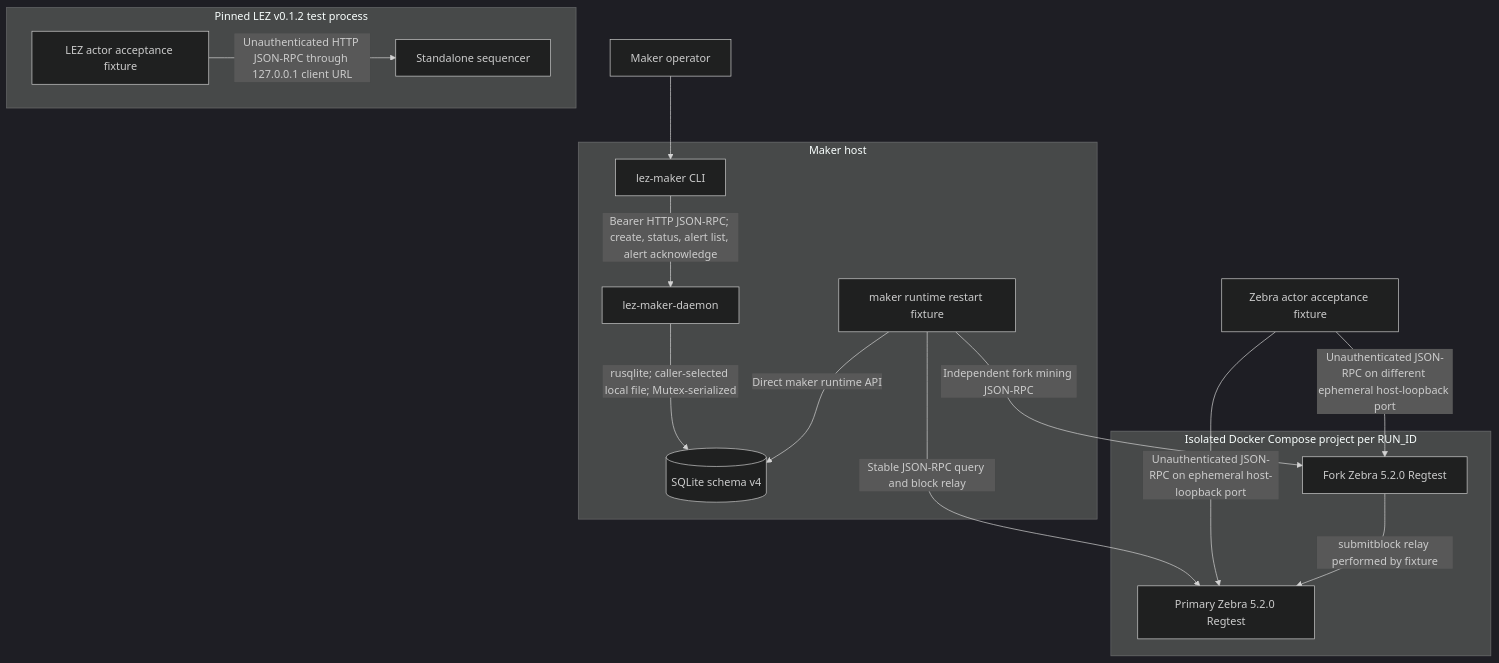
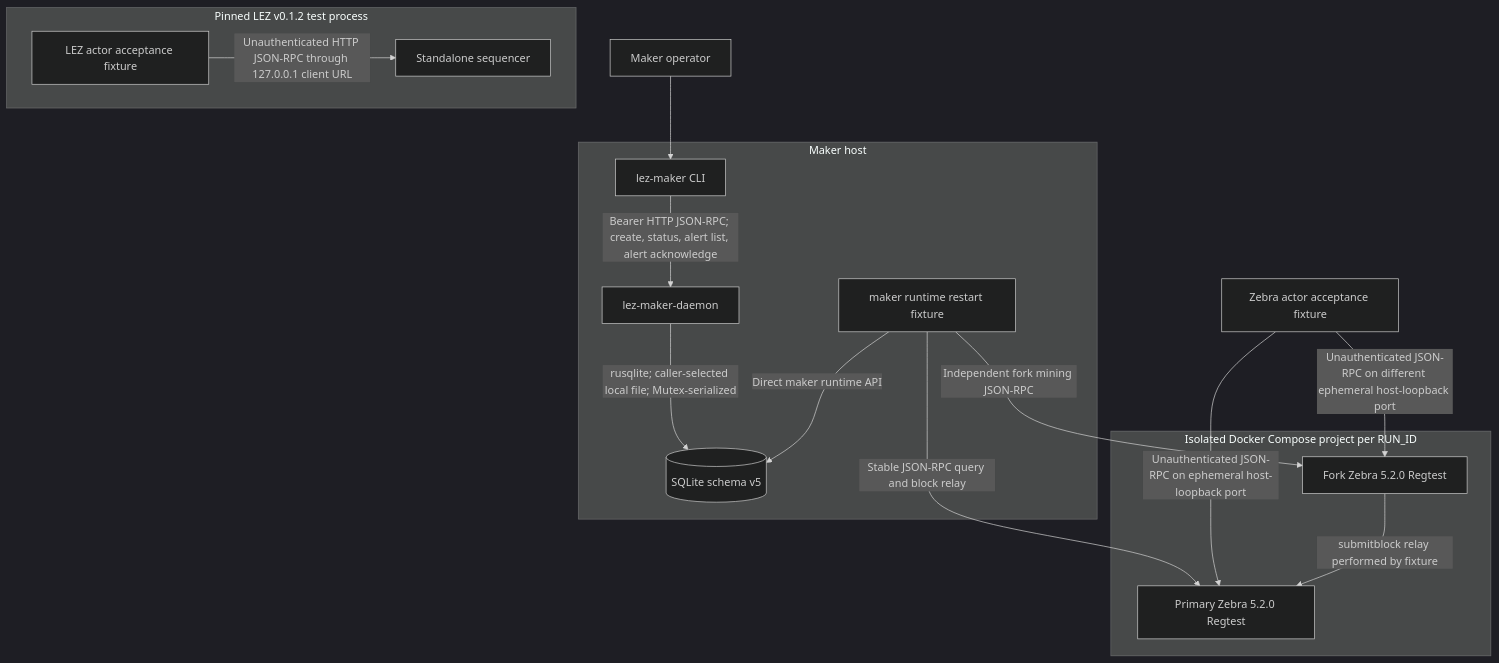
One commit to gateway-fm/lez-atomic-swaps changed the first of 4 diagrams in docs/architecture/deployment-components-and-rpcs.md. Above: the diagram before and after it, drawn with Mermaid (dark theme). The commit also changed other lines of this file and 9 other files, not shown here.

Commit message:
feat: reserve durable ZEC SDK recovery schema

````diff
--- a/docs/architecture/deployment-components-and-rpcs.md
+++ b/docs/architecture/deployment-components-and-rpcs.md
@@ -13,34 +13,34 @@
 ```mermaid
 flowchart TB
     Operator["Maker operator"]
 
     subgraph MakerHost["Maker host"]
         CLI["lez-maker CLI"]
         Daemon["lez-maker-daemon"]
-        Store[("SQLite schema v4")]
+        Store[("SQLite schema v5")]
         RuntimeTest["maker runtime restart fixture"]
     end
 
     subgraph ZebraProject["Isolated Docker Compose project per RUN_ID"]
         ZebraPrimary["Primary Zebra 5.2.0 Regtest"]
         ZebraFork["Fork Zebra 5.2.0 Regtest"]
     end
 
     ZebraTest["Zebra actor acceptance fixture"]
 
     subgraph LezProcess["Pinned LEZ v0.1.2 test process"]
         LezTest["LEZ actor acceptance fixture"]
         LezNode["Standalone sequencer"]
     end
 
     Operator --> CLI
     CLI -->|"Bearer HTTP JSON-RPC; create, status, alert list, alert acknowledge"| Daemon
     Daemon -->|"rusqlite; caller-selected local file; Mutex-serialized"| Store
     RuntimeTest -->|"Direct maker runtime API"| Store
     RuntimeTest -->|"Stable JSON-RPC query and block relay"| ZebraPrimary
     RuntimeTest -->|"Independent fork mining JSON-RPC"| ZebraFork
     ZebraTest -->|"Unauthenticated JSON-RPC on ephemeral host-loopback port"| ZebraPrimary
     ZebraTest -->|"Unauthenticated JSON-RPC on different ephemeral host-loopback port"| ZebraFork
     ZebraFork -->|"submitblock relay performed by fixture"| ZebraPrimary
     LezTest -->|"Unauthenticated HTTP JSON-RPC through 127.0.0.1 client URL"| LezNode
 ```
````
